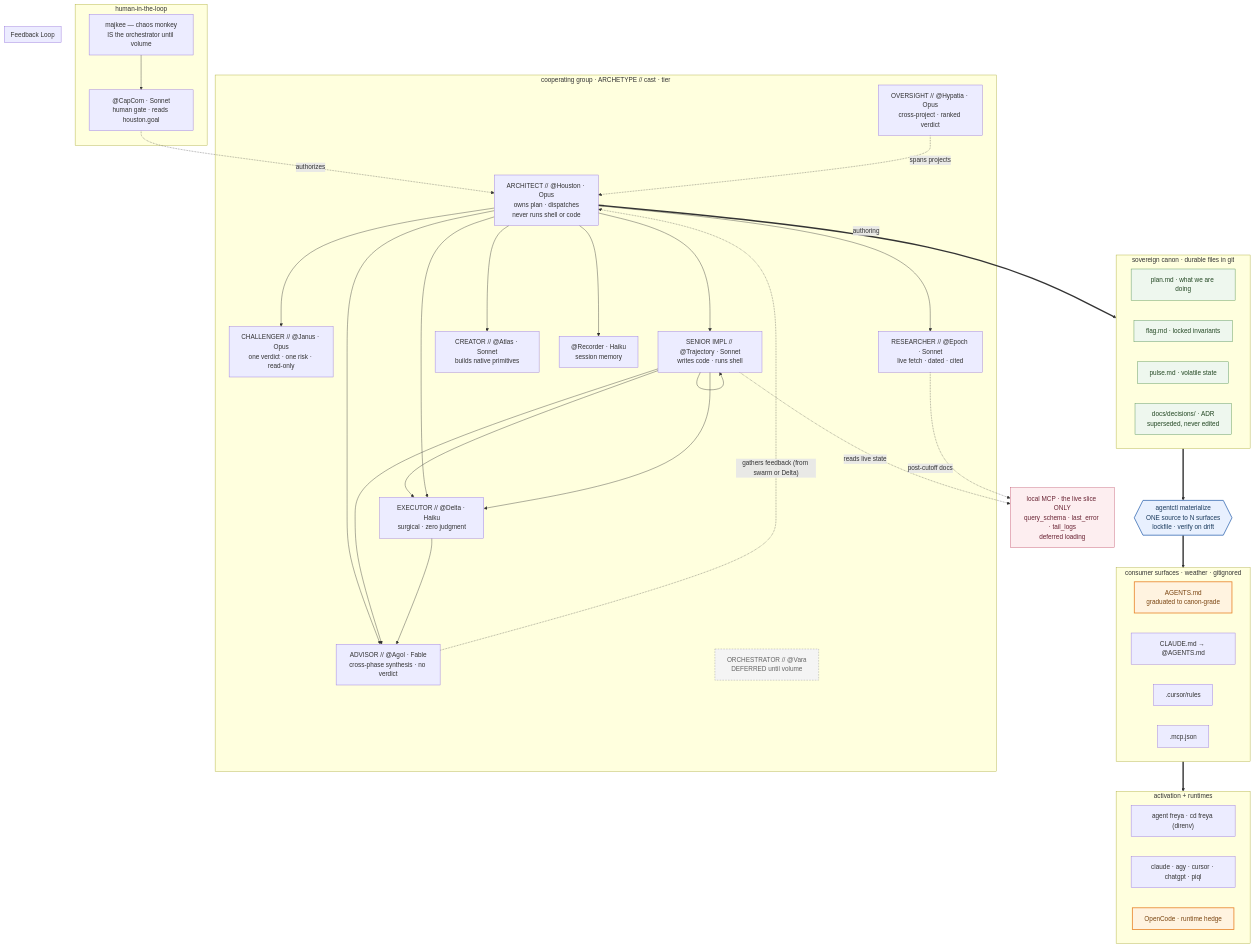
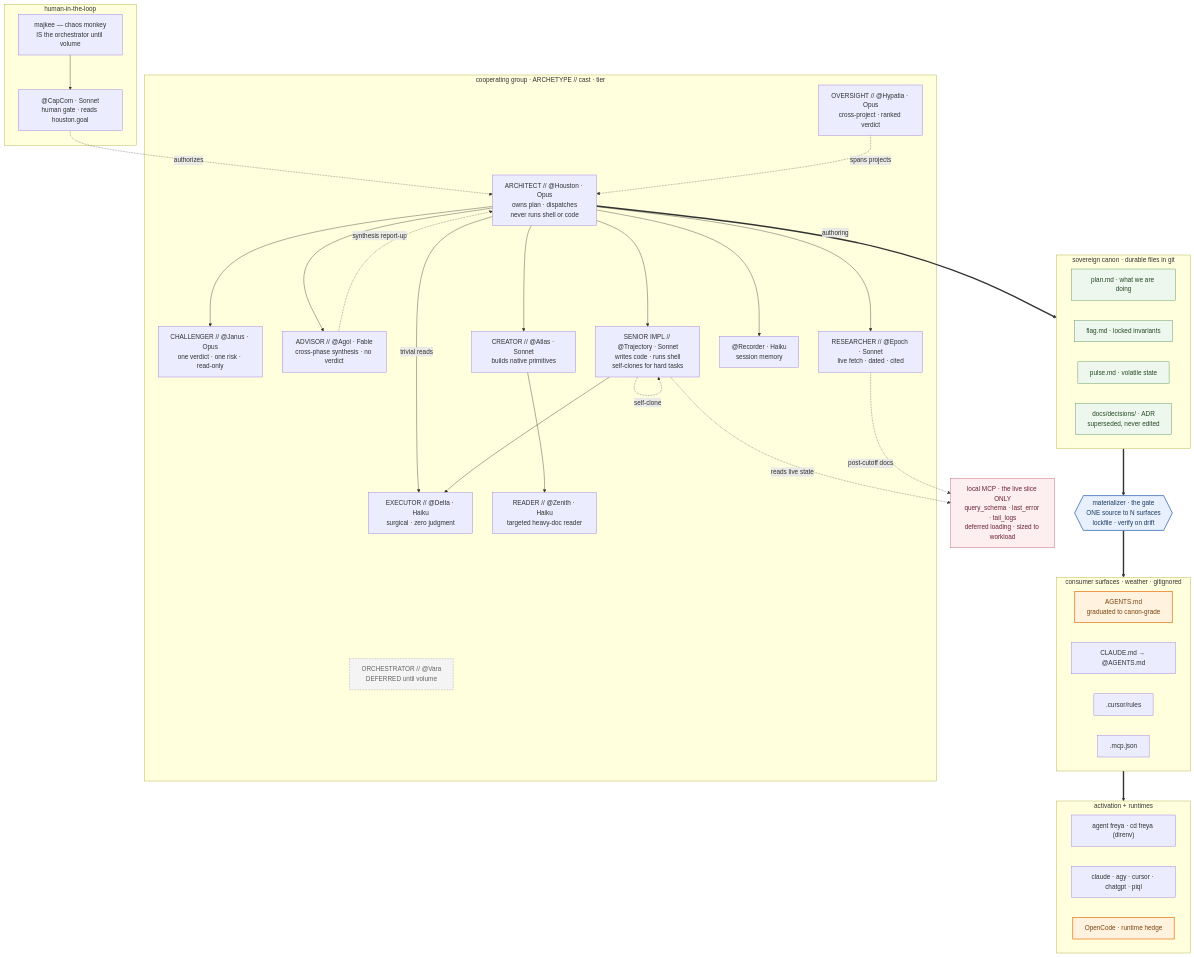
Before and after one commit to hruzam/reposoma: the diagram in temple/session/map/agentive-system-map.md, drawn with Mermaid. The commit also changed other lines of this file and 11 other files, not shown here.

```diff
--- a/temple/session/map/agentive-system-map.md
+++ b/temple/session/map/agentive-system-map.md
@@ -21,9 +21,10 @@
         JAN["CHALLENGER // @Janus · Opus<br/>one verdict · one risk · read-only"]
         AGOL["ADVISOR // @Agol · Fable<br/>cross-phase synthesis · no verdict"]
         EPO["RESEARCHER // @Epoch · Sonnet<br/>live fetch · dated · cited"]
-        TRA["SENIOR IMPL // @Trajectory · Sonnet<br/>writes code · runs shell"]
+        TRA["SENIOR IMPL // @Trajectory · Sonnet<br/>writes code · runs shell<br/>self-clones for hard tasks"]
         DEL["EXECUTOR // @Delta · Haiku<br/>surgical · zero judgment"]
         ATL["CREATOR // @Atlas · Sonnet<br/>builds native primitives"]
+        ZEN["READER // @Zenith · Haiku<br/>targeted heavy-doc reader"]
         HYP["OVERSIGHT // @Hypatia · Opus<br/>cross-project · ranked verdict"]
         REC["@Recorder · Haiku<br/>session memory"]
         VARA["ORCHESTRATOR // @Vara<br/>DEFERRED until volume"]
@@ -36,17 +37,12 @@
     HOU --> TRA
     HOU --> ATL
     HOU --> REC
+    HOU -->|trivial reads| DEL
     TRA --> DEL
-    HOU --> DEL
+    TRA -.self-clone.-> TRA
+    ATL --> ZEN
+    AGOL -.synthesis report-up.-> HOU
     HYP -.spans projects.-> HOU
-    TRA --> AGOL
-    DEL --> AGOL
-    TRA --> TRA
-    TRA --> DEL
-
-    subgraph FEEDBACK["Feedback Loop"]
-        AGOL -.gathers feedback (from swarm or Delta).-> HOU
-    end
 
     subgraph CANON[" sovereign canon · durable files in git "]
         PLAN["plan.md · what we are doing"]
@@ -55,7 +51,7 @@
         DEC["docs/decisions/ · ADR<br/>superseded, never edited"]
     end
 
-    GATE{{"agentctl materialize<br/>ONE source to N surfaces<br/>lockfile · verify on drift"}}
+    GATE{{"materializer · the gate<br/>ONE source to N surfaces<br/>lockfile · verify on drift"}}
 
     subgraph SURF[" consumer surfaces · weather · gitignored "]
         AG["AGENTS.md<br/>graduated to canon-grade"]
@@ -70,7 +66,7 @@
         A3["OpenCode · runtime hedge"]
     end
 
-    LIVE["local MCP · the live slice ONLY<br/>query_schema · last_error · tail_logs<br/>deferred loading"]
+    LIVE["local MCP · the live slice ONLY<br/>query_schema · last_error · tail_logs<br/>deferred loading · sized to workload"]
 
     HOU ==>|authoring| CANON
     CANON ==> GATE
```
